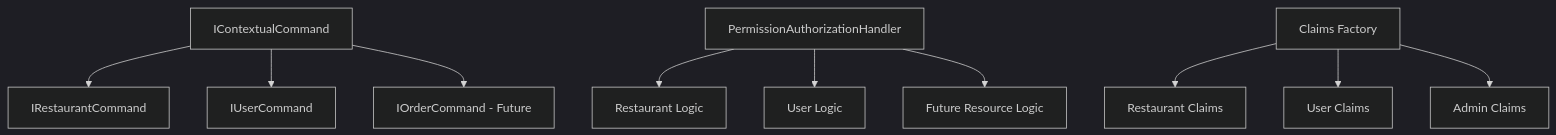
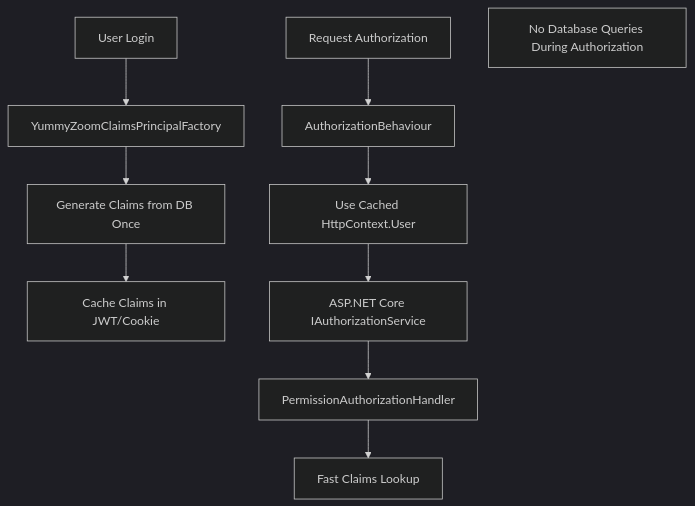
The diagram in Docs/Auth-Pattern.md (hoangvu1420/YummyZoom), drawn with Mermaid (dark theme) before and after one commit. The commit also changed other lines of this file and 22 other files, not shown here.

First line of the commit message:
perf: optimize authorization pipeline to eliminate unnecessary database queries

````diff
--- a/Docs/Auth-Pattern.md
+++ b/Docs/Auth-Pattern.md
@@ -27,14 +30,14 @@
 ```mermaid
 graph TD
-    A[IContextualCommand] --> B[IRestaurantCommand]
-    A --> C[IUserCommand]
-    A --> D[IOrderCommand - Future]
+    A[User Login] --> B[YummyZoomClaimsPrincipalFactory]
+    B --> C[Generate Claims from DB Once]
+    C --> D[Cache Claims in JWT/Cookie]
     
-    E[PermissionAuthorizationHandler] --> F[Restaurant Logic]
-    E --> G[User Logic]
-    E --> H[Future Resource Logic]
+    E[Request Authorization] --> F[AuthorizationBehaviour]
+    F --> G[Use Cached HttpContext.User]
+    G --> H[ASP.NET Core IAuthorizationService]
+    H --> I[PermissionAuthorizationHandler]
+    I --> J[Fast Claims Lookup]
     
-    I[Claims Factory] --> J[Restaurant Claims]
-    I --> K[User Claims]
-    I --> L[Admin Claims]
+    K[No Database Queries During Authorization]
 ```
````
